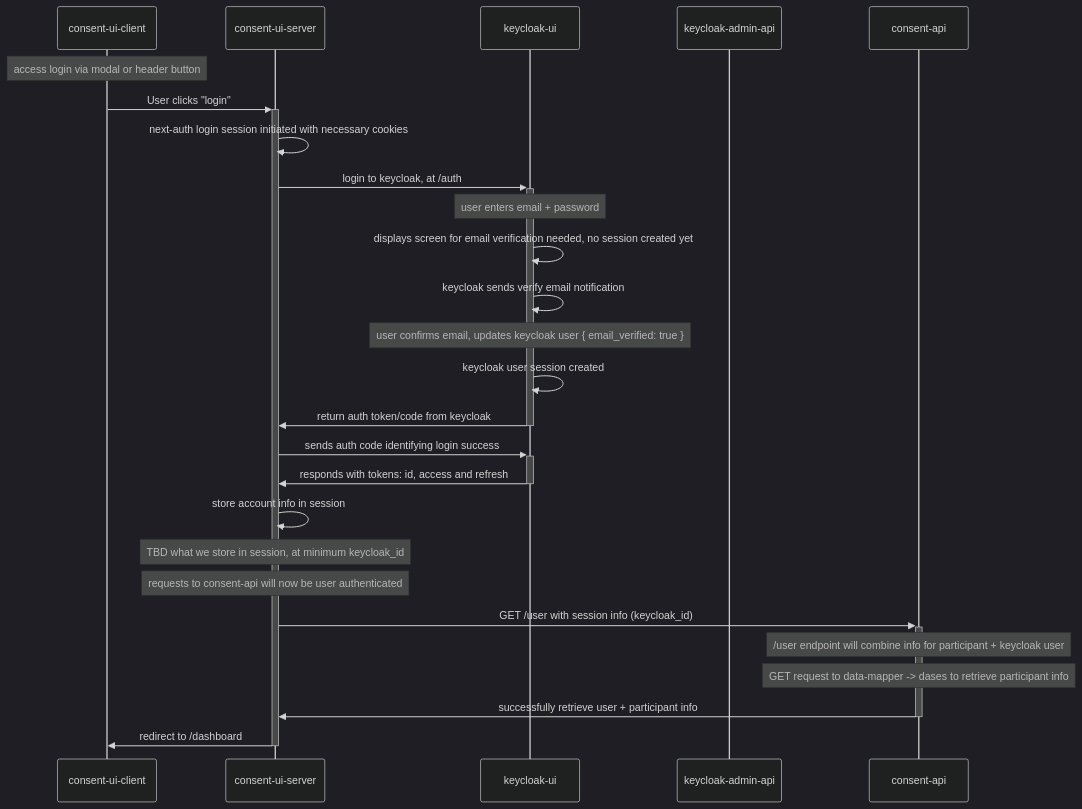
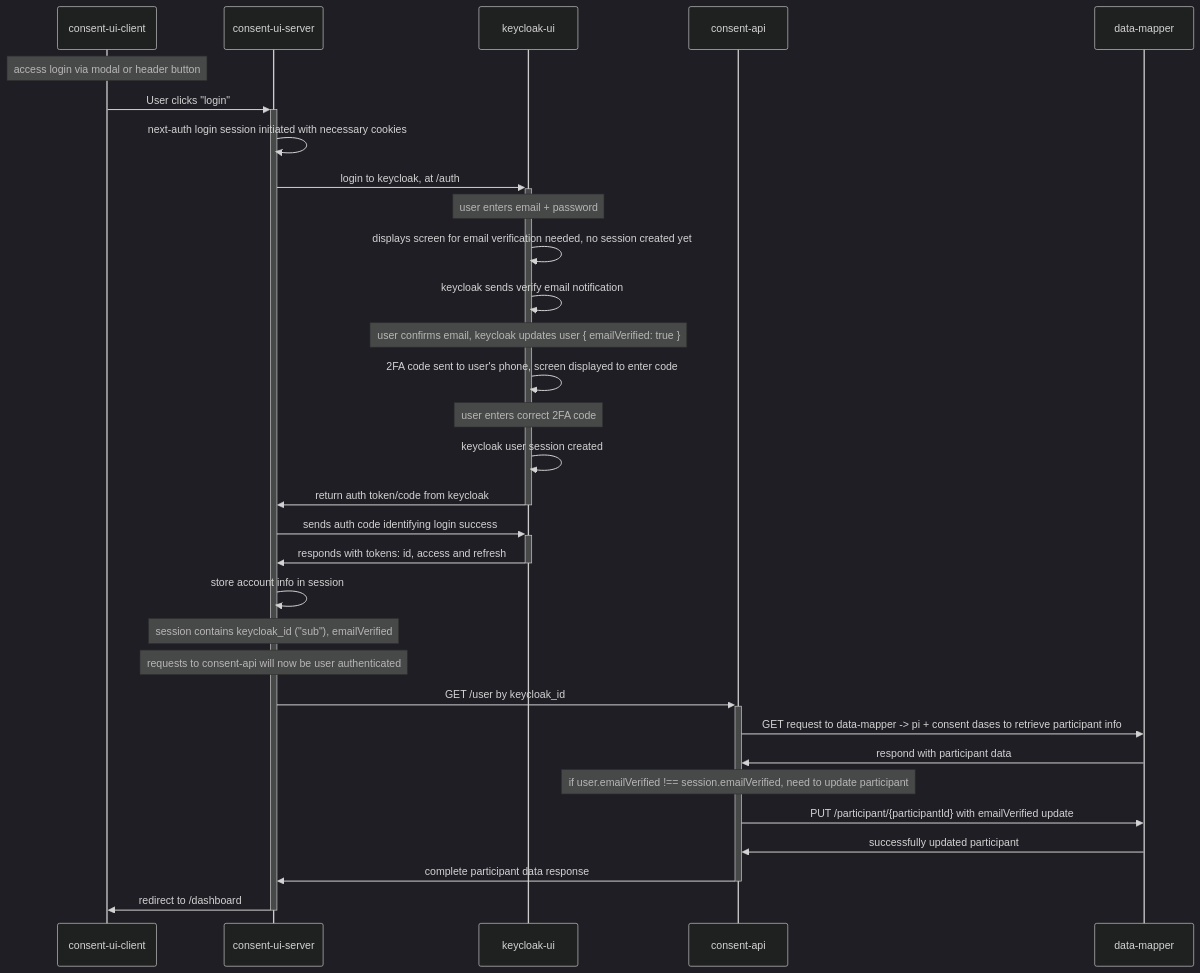
Before and after one commit to OHCRN/platform: the second of 2 diagrams in docs/registration-flow.md, drawn with Mermaid (dark theme).

Commit message:
update flow 2 with 2fa

````diff
--- a/docs/registration-flow.md
+++ b/docs/registration-flow.md
@@ -46,29 +46,33 @@
 ```mermaid
 sequenceDiagram
     participant client as consent-ui-client
     participant server as consent-ui-server
     participant keycloak-ui
-    participant keycloak as keycloak-admin-api
     participant consent-api
-
+    participant data-mapper
     Note over client: access login via modal or header button
     client->>+server: User clicks "login"
     server->>server: next-auth login session initiated with necessary cookies
     server->>+keycloak-ui: login to keycloak, at /auth
     Note over keycloak-ui: user enters email + password
     keycloak-ui->>keycloak-ui: displays screen for email verification needed, no session created yet
     keycloak-ui->>keycloak-ui: keycloak sends verify email notification
-    Note over keycloak-ui: user confirms email, updates keycloak user { email_verified: true }
+    Note over keycloak-ui: user confirms email, keycloak updates user { emailVerified: true }
+    keycloak-ui->>keycloak-ui: 2FA code sent to user's phone, screen displayed to enter code
+    Note over keycloak-ui: user enters correct 2FA code
     keycloak-ui->>keycloak-ui: keycloak user session created
     keycloak-ui->>-server: return auth token/code from keycloak
     server->>+keycloak-ui: sends auth code identifying login success
     keycloak-ui->>-server: responds with tokens: id, access and refresh
     server->>server: store account info in session
-    Note over server: TBD what we store in session, at minimum keycloak_id
+    Note over server: session contains keycloak_id ("sub"), emailVerified
     Note over server: requests to consent-api will now be user authenticated
-    server->>+consent-api: GET /user with session info (keycloak_id)
-    Note over consent-api: /user endpoint will combine info for participant + keycloak user
-    Note over consent-api: GET request to data-mapper -> dases to retrieve participant info
-    consent-api->>-server: successfully retrieve user + participant info
+    server->>+consent-api: GET /user by keycloak_id
+    consent-api->>data-mapper: GET request to data-mapper -> pi + consent dases to retrieve participant info
+    data-mapper->>consent-api: respond with participant data
+    Note over consent-api: if user.emailVerified !== session.emailVerified, need to update participant
+    consent-api->>data-mapper: PUT /participant/{participantId} with emailVerified update
+    data-mapper->>consent-api: successfully updated participant
+    consent-api->>-server: complete participant data response
     server->>-client: redirect to /dashboard
 ```
````
